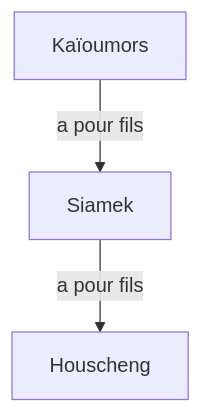
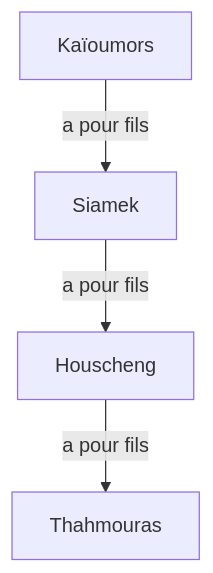
Before and after one commit to hdorgeval/le-livre-des-rois: the diagram in src/graphs/kaioumors/kaioumors.mmd, drawn with Mermaid.

Commit message:
feat(kaioumors): update genealogy

```diff
--- a/src/graphs/kaioumors/kaioumors.mmd
+++ b/src/graphs/kaioumors/kaioumors.mmd
@@ -1,3 +1,4 @@
 graph TD
 Kaïoumors --a pour fils--> Siamek
 Siamek --a pour fils--> Houscheng
+Houscheng --a pour fils--> Thahmouras
```
